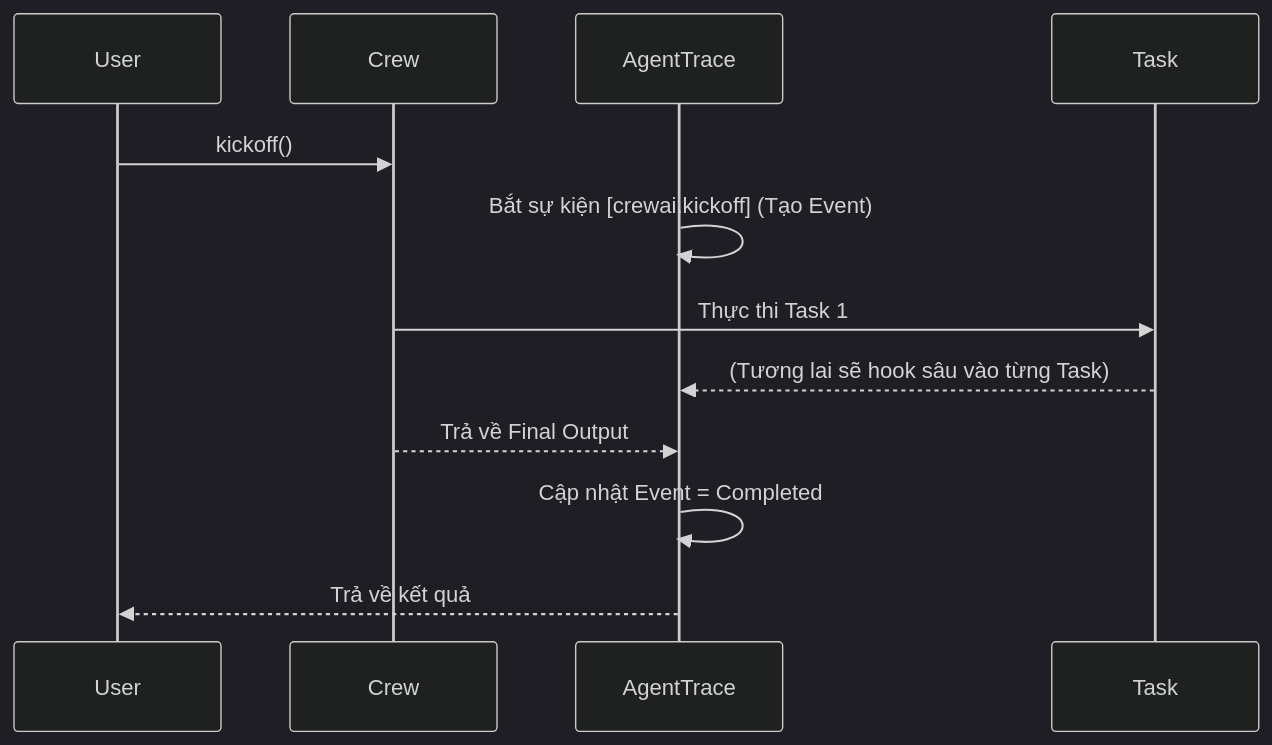
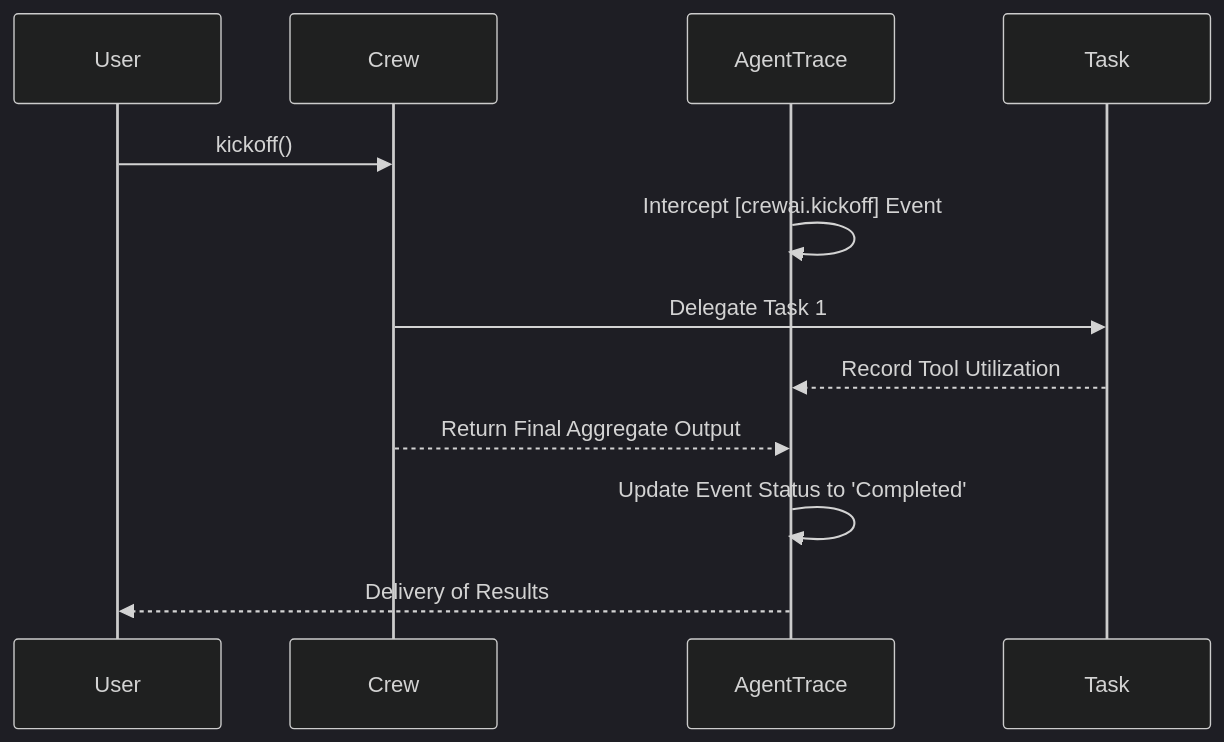
One commit to hikarixx/agenttrace changed the diagram in docs/04-adapters-integration.md. Above: the diagram before and after it, drawn with Mermaid (dark theme). The commit also changed other lines of this file and 41 other files, not shown here.

````diff
--- a/docs/04-adapters-integration.md
+++ b/docs/04-adapters-integration.md
@@ -69,15 +70,15 @@
 ```mermaid
 sequenceDiagram
     participant User
     participant Crew
     participant AgentTrace
     participant Task
     
     User->>Crew: kickoff()
-    AgentTrace->>AgentTrace: Bắt sự kiện [crewai.kickoff] (Tạo Event)
-    Crew->>Task: Thực thi Task 1
-    Task-->>AgentTrace: (Tương lai sẽ hook sâu vào từng Task)
-    Crew-->>AgentTrace: Trả về Final Output
-    AgentTrace->>AgentTrace: Cập nhật Event = Completed
-    AgentTrace-->>User: Trả về kết quả
+    AgentTrace->>AgentTrace: Intercept [crewai.kickoff] Event
+    Crew->>Task: Delegate Task 1
+    Task-->>AgentTrace: Record Tool Utilization
+    Crew-->>AgentTrace: Return Final Aggregate Output
+    AgentTrace->>AgentTrace: Update Event Status to 'Completed'
+    AgentTrace-->>User: Delivery of Results
 ```
````
